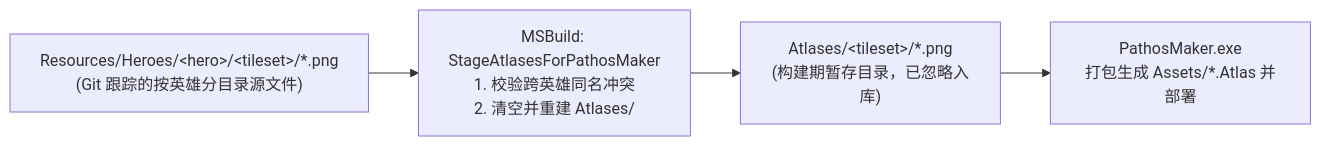
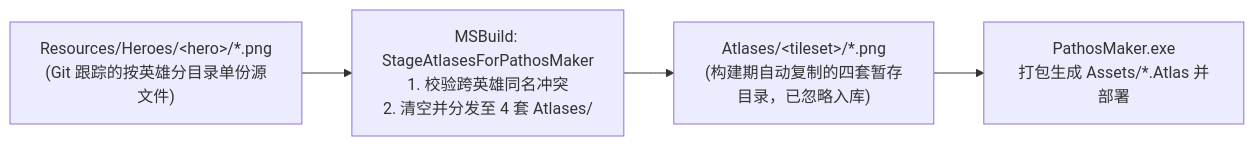
One commit to 5151561/Pathos-Dota2-7.42 changed the second of 2 diagrams in docs/architecture/overview.md. Above: the diagram before and after it, drawn with Mermaid. The commit also changed other lines of this file and 127 other files, not shown here.

````diff
--- a/docs/architecture/overview.md
+++ b/docs/architecture/overview.md
@@ -65,6 +65,6 @@
 ```mermaid
 flowchart LR
-    R["Resources/Heroes/&lt;hero&gt;/&lt;tileset&gt;/*.png<br/>(Git 跟踪的按英雄分目录源文件)"] --> S["MSBuild: StageAtlasesForPathosMaker<br/>1. 校验跨英雄同名冲突<br/>2. 清空并重建 Atlases/"]
-    S --> A["Atlases/&lt;tileset&gt;/*.png<br/>(构建期暂存目录，已忽略入库)"]
+    R["Resources/Heroes/&lt;hero&gt;/*.png<br/>(Git 跟踪的按英雄分目录单份源文件)"] --> S["MSBuild: StageAtlasesForPathosMaker<br/>1. 校验跨英雄同名冲突<br/>2. 清空并分发至 4 套 Atlases/"]
+    S --> A["Atlases/&lt;tileset&gt;/*.png<br/>(构建期自动复制的四套暂存目录，已忽略入库)"]
     A --> P["PathosMaker.exe<br/>打包生成 Assets/*.Atlas 并部署"]
 ```
````
